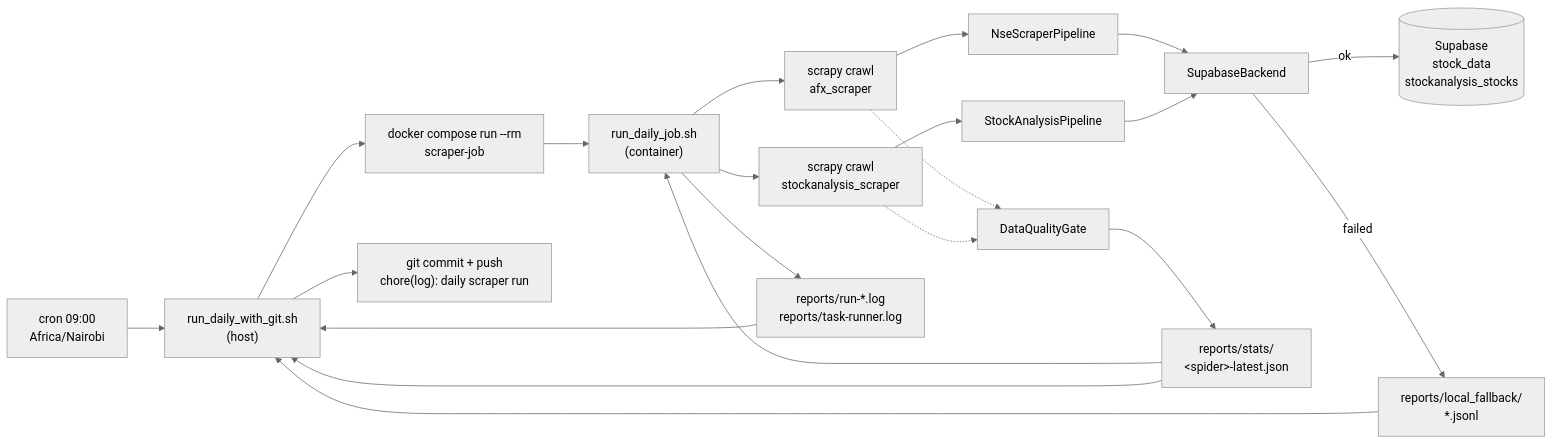
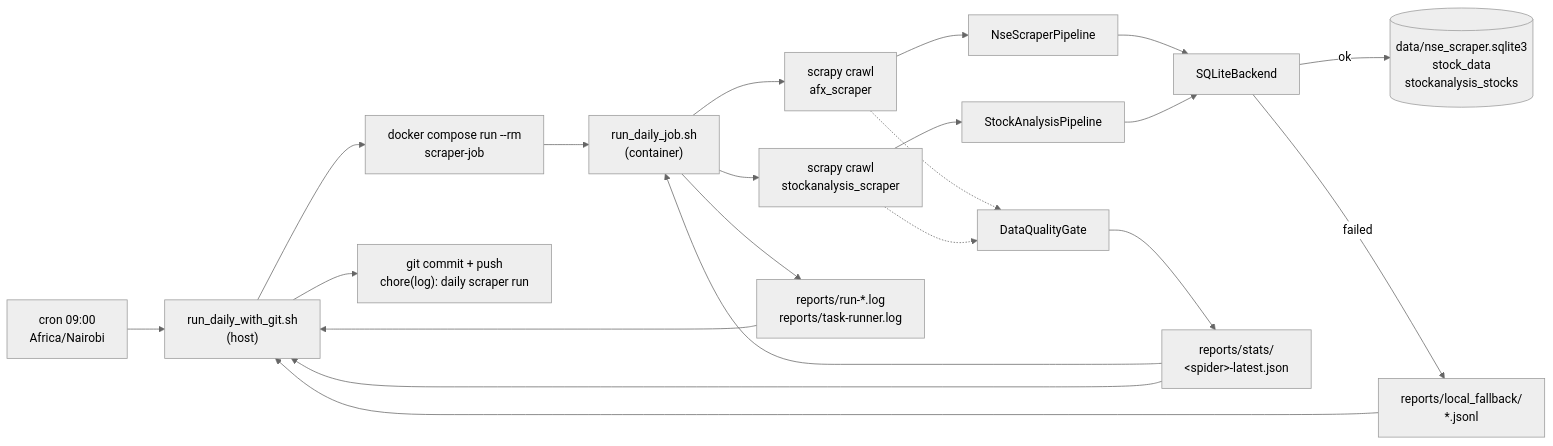
One commit to seven7-AI/nse-stock-scraper changed the first of 6 diagrams in docs/ARCHITECTURE.md. Above: the diagram before and after it, drawn with Mermaid (neutral theme). The commit also changed other lines of this file and 31 other files, not shown here.

````diff
--- a/docs/ARCHITECTURE.md
+++ b/docs/ARCHITECTURE.md
@@ -17,29 +22,29 @@
 ```mermaid
 flowchart LR
     CRON["cron 09:00<br/>Africa/Nairobi"] --> WRAP["run_daily_with_git.sh<br/>(host)"]
     WRAP --> COMPOSE["docker compose run --rm<br/>scraper-job"]
     COMPOSE --> RUNNER["run_daily_job.sh<br/>(container)"]
 
     RUNNER --> AFX["scrapy crawl<br/>afx_scraper"]
     RUNNER --> SA["scrapy crawl<br/>stockanalysis_scraper"]
 
     AFX --> P1["NseScraperPipeline"]
     SA --> P2["StockAnalysisPipeline"]
 
-    P1 --> BE["SupabaseBackend"]
+    P1 --> BE["SQLiteBackend"]
     P2 --> BE
 
-    BE -->|"ok"| DB[("Supabase<br/>stock_data<br/>stockanalysis_stocks")]
+    BE -->|"ok"| DB[("data/nse_scraper.sqlite3<br/>stock_data<br/>stockanalysis_stocks")]
     BE -->|"failed"| FB["reports/local_fallback/<br/>*.jsonl"]
 
     AFX -.-> GATE["DataQualityGate"]
     SA -.-> GATE
     GATE --> STATS["reports/stats/<br/>&lt;spider&gt;-latest.json"]
     STATS --> RUNNER
 
     RUNNER --> LOGS["reports/run-*.log<br/>reports/task-runner.log"]
     LOGS --> WRAP
     FB --> WRAP
     STATS --> WRAP
     WRAP --> GIT["git commit + push<br/>chore(log): daily scraper run"]
 ```
````
